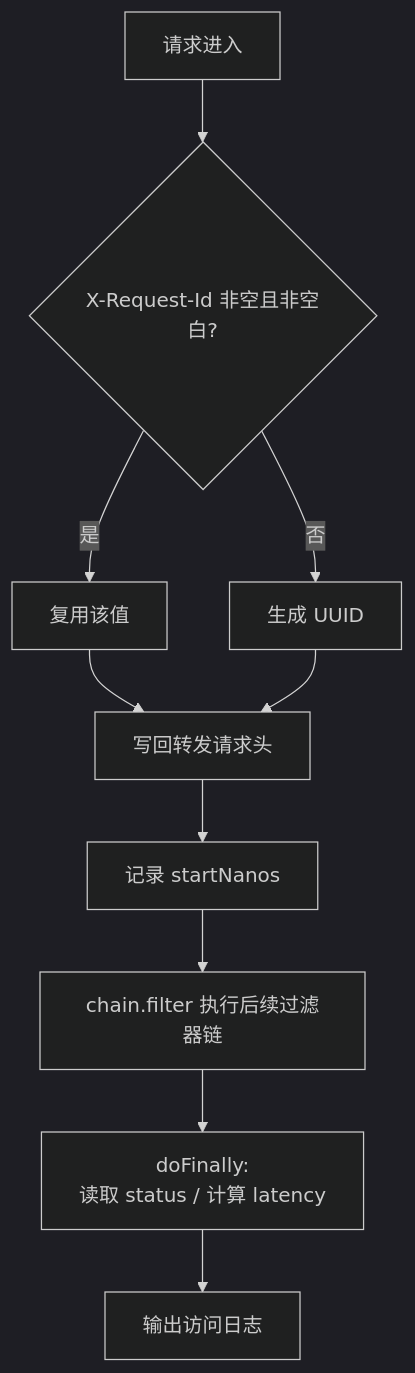
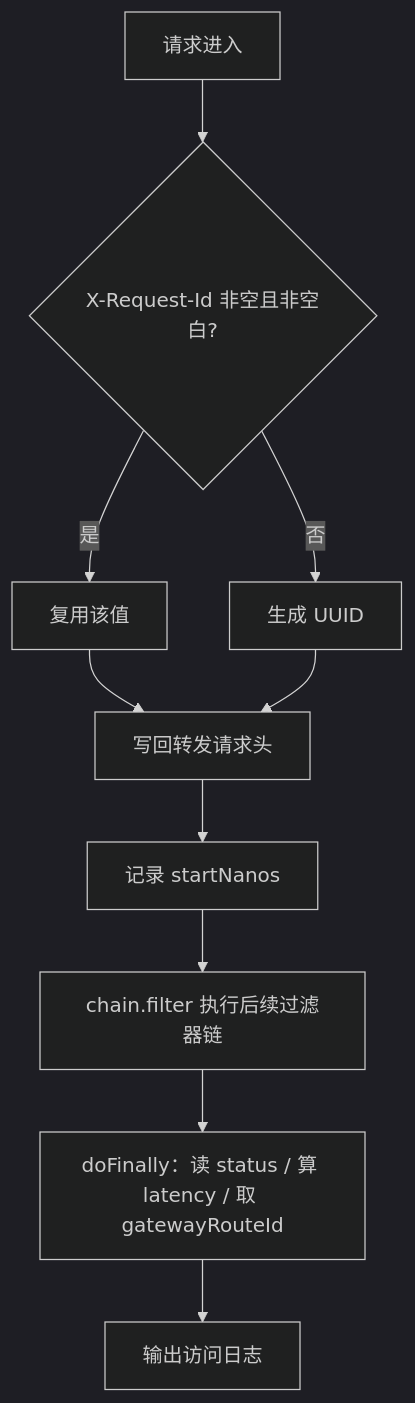
The fifth of 6 diagrams in gateway-service/技术文档.md (YunfeiSHU/media-community), drawn with Mermaid (dark theme) before and after one commit. The commit also changed other lines of this file and 1 other file, not shown here.

````diff
--- a/gateway-service/技术文档.md
+++ b/gateway-service/技术文档.md
@@ -660,12 +453,12 @@
 ```mermaid
 flowchart TD
     R[请求进入] --> RD{"X-Request-Id 非空且非空白?"}
     RD -->|是| REUSE[复用该值]
     RD -->|否| GEN[生成 UUID]
     REUSE --> W[写回转发请求头]
     GEN --> W
     W --> T[记录 startNanos]
     T --> CH[chain.filter 执行后续过滤器链]
-    CH --> FIN["doFinally:<br/>读取 status / 计算 latency"]
+    CH --> FIN["doFinally：读 status / 算 latency / 取 gatewayRouteId"]
     FIN --> LOG[输出访问日志]
 ```
````
